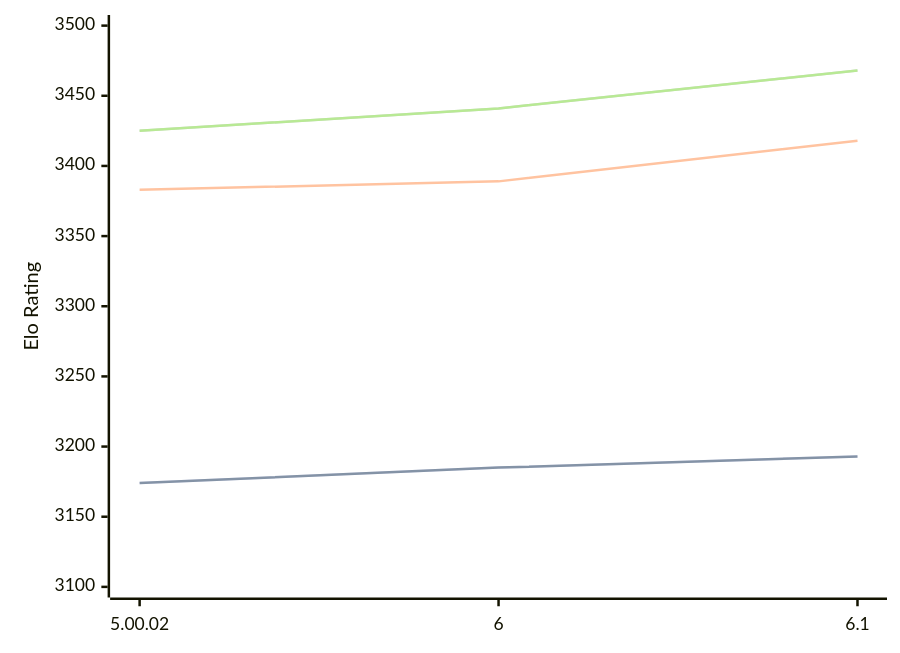
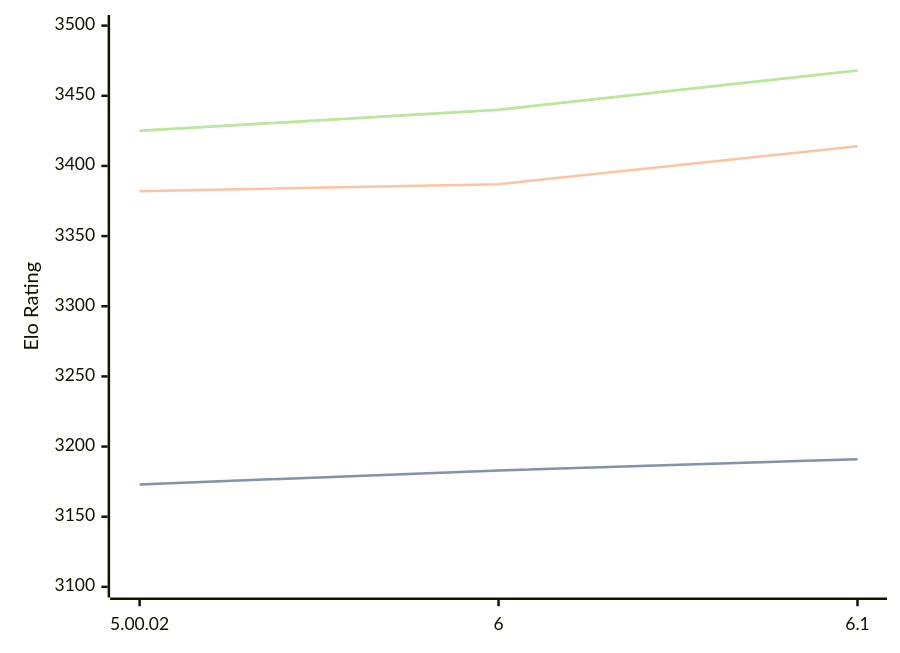
Before and after one commit to computer-chess-index/cci: the diagram in engines/Zangdar.md, drawn with Mermaid. The commit also changed other lines of this file, not shown here.

Commit message:
Update CCI Ratings (ELO VLTC) - 2026-02-18

````diff
--- a/engines/Zangdar.md
+++ b/engines/Zangdar.md
@@ -42,11 +42,11 @@
 ```mermaid
 %%{init: {"theme":"base","themeVariables":{"seriesColors:['#a3a3a3','#222221','#faa371']}}}%%
 xychart-beta
   x-axis ["5.00.02", "6", "6.1"]
   y-axis "Elo Rating" 3100 --> 3500
-  line "STC (8.0+0.08s)" [3174, 3185, 3193]
-  line "STC (8.0+0.08s)" [3174, 3185, 3193]
-  line "LTC (60.0+0.60s)" [3383, 3389, 3418]
-  line "VLTC (2m24s+1.12s)" [3425, 3441, 3468]
-  line "VLTC (2m24s+1.12s)" [3425, 3441, 3468]
+  line "STC (8.0+0.08s)" [3173, 3183, 3191]
+  line "STC (8.0+0.08s)" [3173, 3183, 3191]
+  line "LTC (60.0+0.60s)" [3382, 3387, 3414]
+  line "VLTC (2m24s+1.12s)" [3425, 3440, 3468]
+  line "VLTC (2m24s+1.12s)" [3425, 3440, 3468]
 ```
````
